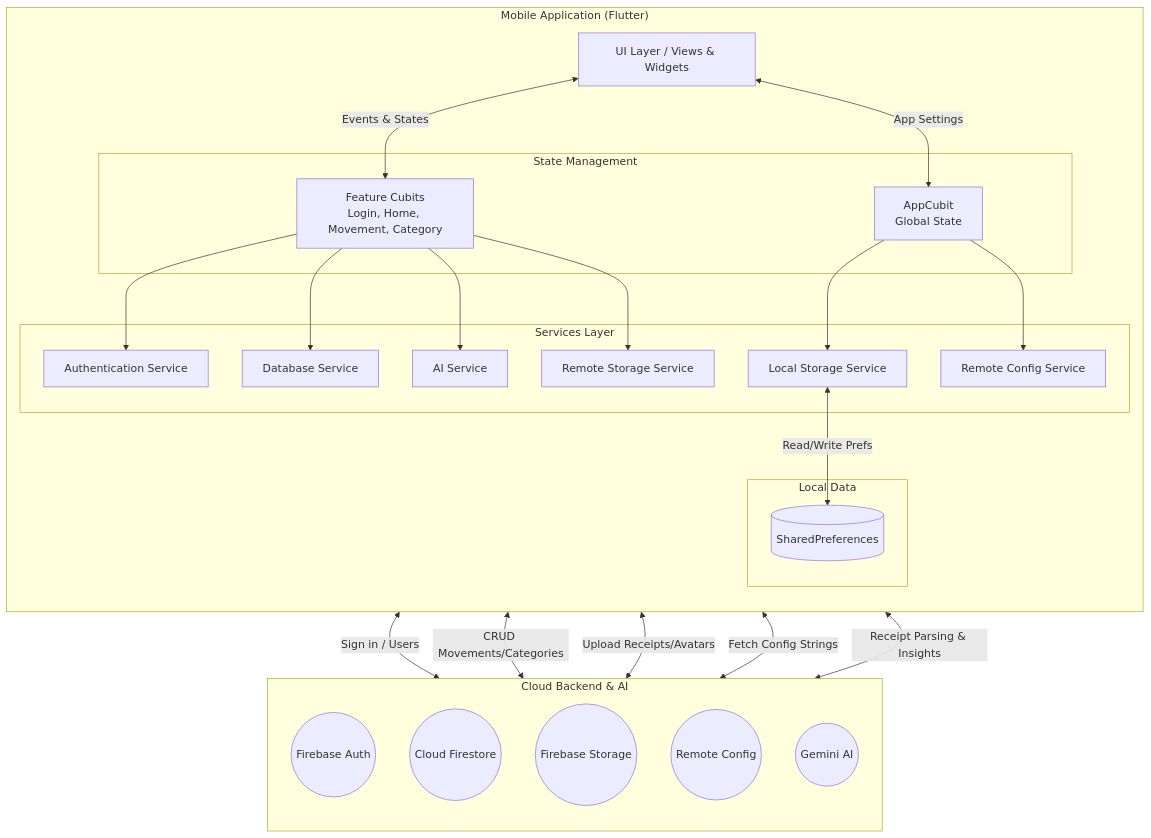
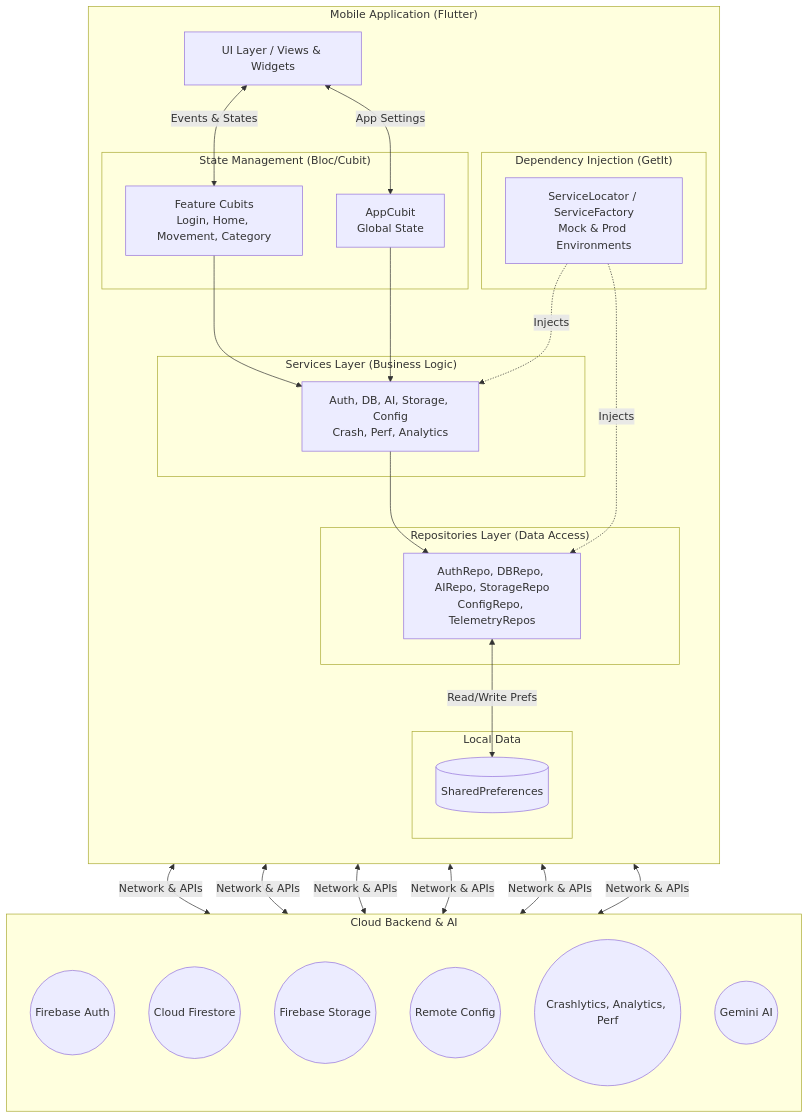
One commit to Piero16301/Saver_Expense_Manager changed the diagram in README.md. Above: the diagram before and after it, drawn with Mermaid. The commit also changed other lines of this file and 12 other files, not shown here.

````diff
--- a/README.md
+++ b/README.md
@@ -37,58 +37,53 @@
 ```mermaid
 flowchart TD
   subgraph "Mobile Application (Flutter)"
     direction TB
     UI[UI Layer / Views & Widgets]
     
-    subgraph "State Management"
+    subgraph "State Management (Bloc/Cubit)"
       AppCubit[AppCubit<br>Global State]
       FeatureCubits[Feature Cubits<br>Login, Home, Movement, Category]
     end
     
-    subgraph "Services Layer"
-      AuthSvc[Authentication Service]
-      DBSvc[Database Service]
-      AISvc[AI Service]
-      LocalSvc[Local Storage Service]
-      RemoteConfSvc[Remote Config Service]
-      StorageSvc[Remote Storage Service]
+    subgraph "Services Layer (Business Logic)"
+      AppServices[Auth, DB, AI, Storage, Config<br>Crash, Perf, Analytics]
+    end
+
+    subgraph "Repositories Layer (Data Access)"
+      AppRepos[AuthRepo, DBRepo, AIRepo, StorageRepo<br>ConfigRepo, TelemetryRepos]
+    end
+    
+    subgraph "Dependency Injection (GetIt)"
+      DI[ServiceLocator / ServiceFactory<br>Mock & Prod Environments]
     end
     
     subgraph "Local Data"
       SharedPrefs[(SharedPreferences)]
     end
   end
 
-  %% Invisible link to force vertical ordering (Mobile App above Cloud Backend)
-  SharedPrefs ~~~ FirebaseAuth
-
+  %% Internal App Flow
+  UI <-->|Events & States| FeatureCubits
+  UI <-->|App Settings| AppCubit
+  
+  FeatureCubits --> AppServices
+  AppCubit --> AppServices
+  
+  AppServices --> AppRepos
+  DI -.->|Injects| AppServices
+  DI -.->|Injects| AppRepos
+  
+  AppRepos <-->|Read/Write Prefs| SharedPrefs
+  
   subgraph "Cloud Backend & AI"
     direction TB
     FirebaseAuth((Firebase Auth))
     Firestore((Cloud Firestore))
     FirebaseStorage((Firebase Storage))
     RemoteConfig((Remote Config))
+    FirebaseTelemetry((Crashlytics, Analytics, Perf))
     GeminiAI((Gemini AI))
   end
 
-  %% Internal App Flow
-  UI <-->|Events & States| FeatureCubits
-  UI <-->|App Settings| AppCubit
-  
-  FeatureCubits --> AuthSvc
-  FeatureCubits --> DBSvc
-  FeatureCubits --> AISvc
-  FeatureCubits --> StorageSvc
-  
-  AppCubit --> LocalSvc
-  AppCubit --> RemoteConfSvc
-  
-  LocalSvc <-->|Read/Write Prefs| SharedPrefs
-  
-  %% External Integrations
-  AuthSvc <-->|Sign in / Users| FirebaseAuth
-  DBSvc <-->|CRUD Movements/Categories| Firestore
-  StorageSvc <-->|Upload Receipts/Avatars| FirebaseStorage
-  RemoteConfSvc <-->|Fetch Config Strings| RemoteConfig
-  AISvc <-->|Receipt Parsing & Insights| GeminiAI
+  AppRepos <-->|Network & APIs| FirebaseAuth & Firestore & FirebaseStorage & RemoteConfig & FirebaseTelemetry & GeminiAI
 ```
````
